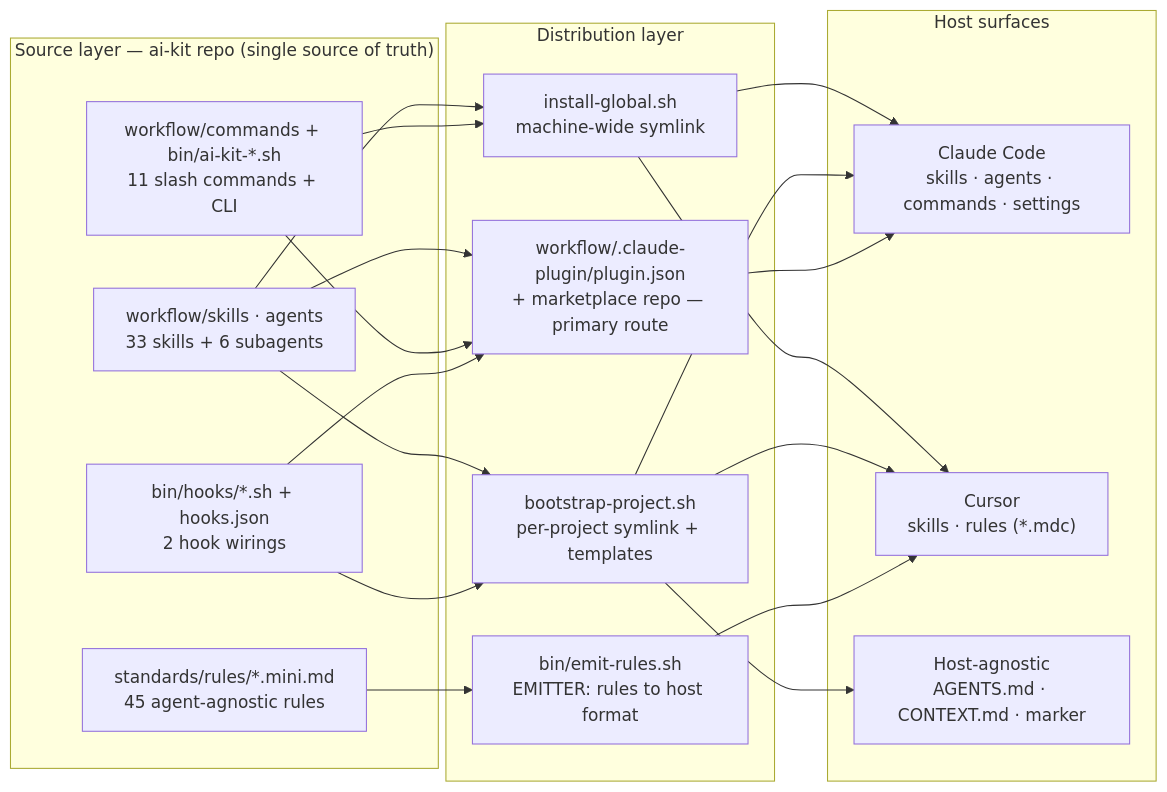
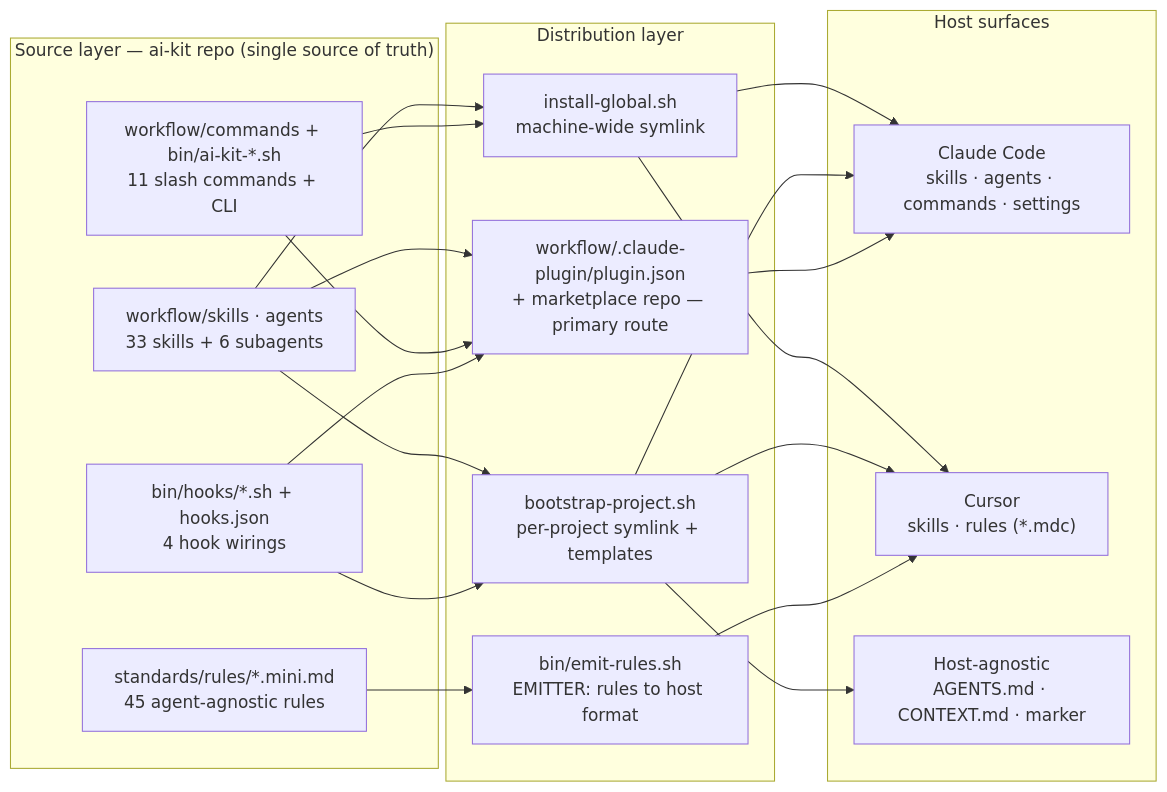
The first of 2 diagrams in docs/diagrams.md (yusufkaracaburun/ai-kit), drawn with Mermaid before and after one commit. The commit also changed 1 other file, not shown here.

Commit message:
docs(hooks): glossary and diagram name session-reap and SessionEnd
The glossary Hook entry and the architecture diagram still described the
pre-2.3.0 hook set.

````diff
--- a/docs/diagrams.md
+++ b/docs/diagrams.md
@@ -10,32 +10,32 @@
 ```mermaid
 flowchart LR
   subgraph SRC["Source layer — ai-kit repo (single source of truth)"]
     SA["workflow/skills · agents<br/>33 skills + 6 subagents"]
     CB["workflow/commands + bin/ai-kit-*.sh<br/>11 slash commands + CLI"]
-    H["bin/hooks/*.sh + hooks.json<br/>2 hook wirings"]
+    H["bin/hooks/*.sh + hooks.json<br/>4 hook wirings"]
     R["standards/rules/*.mini.md<br/>45 agent-agnostic rules"]
   end
 
   subgraph DIST["Distribution layer"]
     IG["install-global.sh<br/>machine-wide symlink"]
     PL["workflow/.claude-plugin/plugin.json<br/>+ marketplace repo — primary route"]
     BP["bootstrap-project.sh<br/>per-project symlink + templates"]
     ER["bin/emit-rules.sh<br/>EMITTER: rules to host format"]
   end
 
   subgraph HOSTS["Host surfaces"]
     CC["Claude Code<br/>skills · agents · commands · settings"]
     CU["Cursor<br/>skills · rules (*.mdc)"]
     HA["Host-agnostic<br/>AGENTS.md · CONTEXT.md · marker"]
   end
 
   SA --> IG & BP & PL
   CB --> IG & PL
   H --> PL & BP
   R --> ER
 
   IG --> CC & CU
   BP --> CC & CU & HA
   PL --> CC
   ER --> CU
 ```
````
